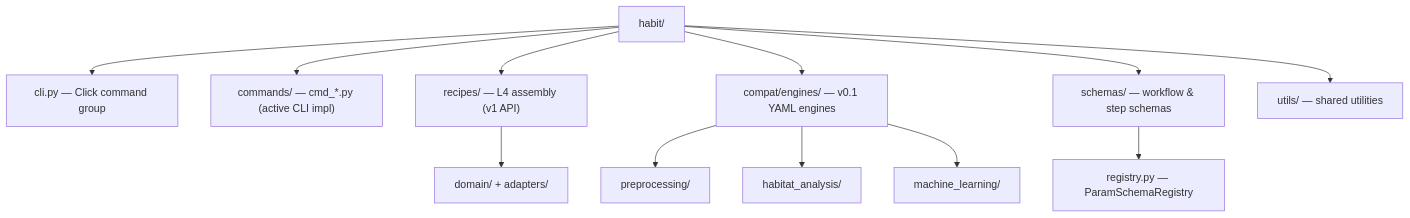
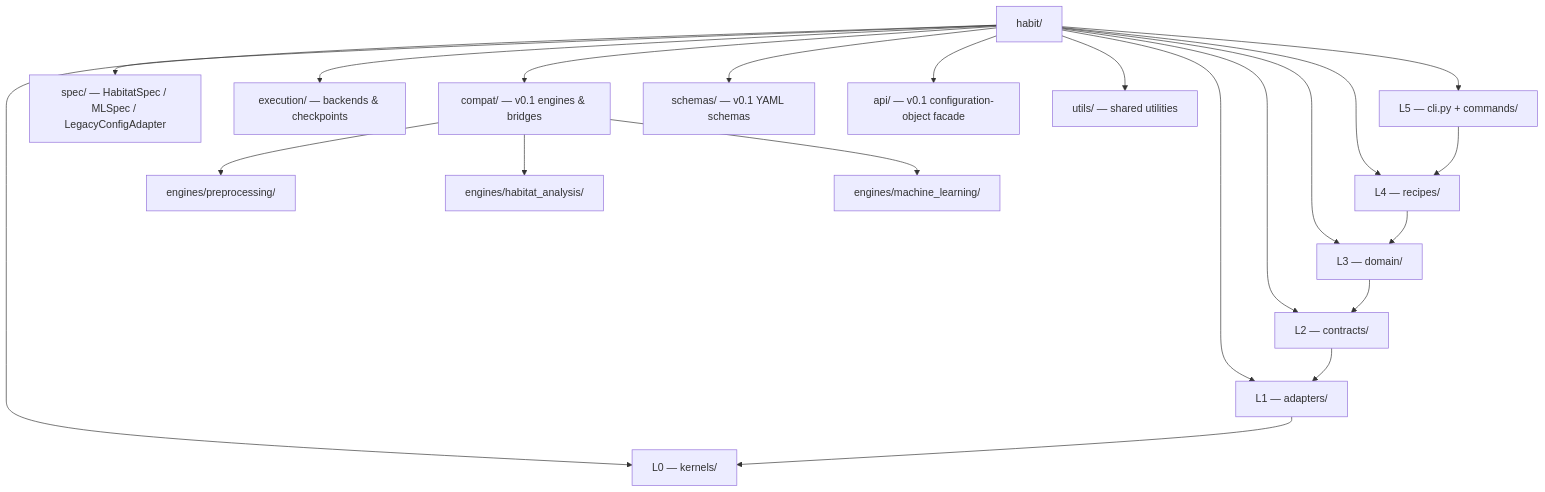
One commit to lichao312214129/HABIT changed the first of 2 diagrams in docs/source/development/repo_layout.rst. Above: the diagram before and after it, drawn with Mermaid. The commit also changed other lines of this file and 13 other files, not shown here.

```diff
--- a/docs/source/development/repo_layout.rst
+++ b/docs/source/development/repo_layout.rst
@@ -43,17 +47,23 @@
 .. mermaid::
 
    flowchart TD
      ROOT["habit/"]
-     ROOT --> CLI["cli.py — Click command group"]
-     ROOT --> CMD["commands/ — cmd_*.py (active CLI impl)"]
-     ROOT --> REC["recipes/ — L4 assembly (v1 API)"]
-     ROOT --> ENG["compat/engines/ — v0.1 YAML engines"]
-     ROOT --> SCH["schemas/ — workflow & step schemas"]
+     ROOT --> L5["L5 — cli.py + commands/"]
+     ROOT --> L4["L4 — recipes/"]
+     ROOT --> L3["L3 — domain/"]
+     ROOT --> L2["L2 — contracts/"]
+     ROOT --> L1["L1 — adapters/"]
+     ROOT --> L0["L0 — kernels/"]
+     ROOT --> SPEC["spec/ — HabitatSpec / MLSpec / LegacyConfigAdapter"]
+     ROOT --> EXEC["execution/ — backends & checkpoints"]
+     ROOT --> ENG["compat/ — v0.1 engines & bridges"]
+     ROOT --> SCH["schemas/ — v0.1 YAML schemas"]
+     ROOT --> API["api/ — v0.1 configuration-object facade"]
      ROOT --> UTILS["utils/ — shared utilities"]
 
-     ENG --> PRE["preprocessing/"]
-     ENG --> HAB["habitat_analysis/"]
-     ENG --> MLC["machine_learning/"]
+     ENG --> PRE["engines/preprocessing/"]
+     ENG --> HAB["engines/habitat_analysis/"]
+     ENG --> MLC["engines/machine_learning/"]
 
-     REC --> DOM["domain/ + adapters/"]
-     SCH --> REG["registry.py — ParamSchemaRegistry"]
+     L5 --> L4
+     L4 --> L3 --> L2 --> L1 --> L0
```
